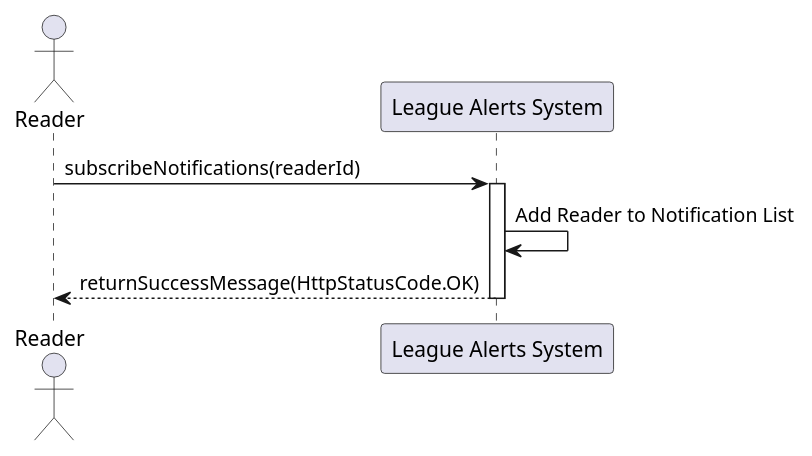
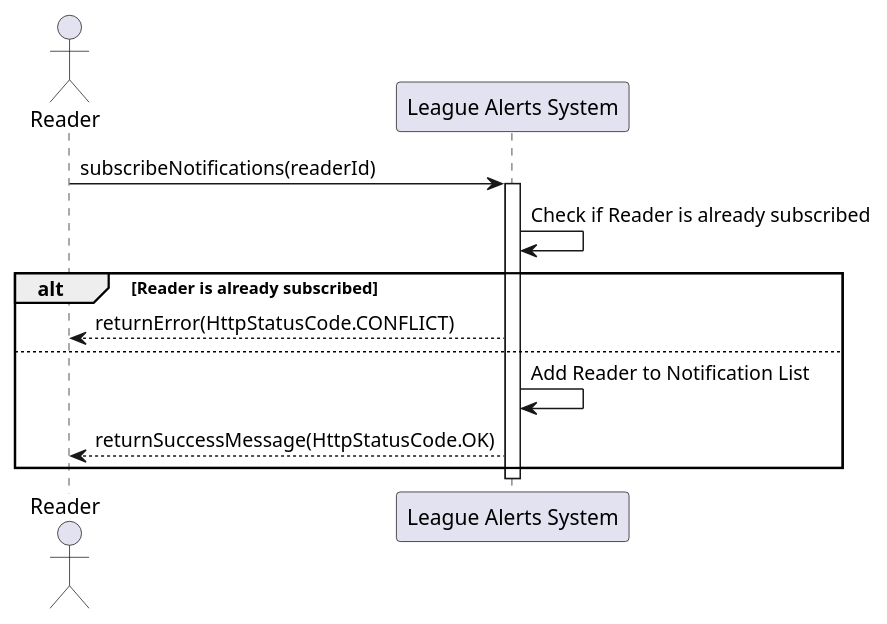
The diagram in Diagrams/SSD/Reader SSDs/Read-3.0 SSD.puml (Valthefirst/league_alerts-ChamplainECP), drawn with PlantUML before and after one commit. The commit also changed 7 other files, not shown here.

Commit message:
added diagrams

```diff
--- a/Diagrams/SSD/Reader SSDs/Read-3.0 SSD.puml
+++ b/Diagrams/SSD/Reader SSDs/Read-3.0 SSD.puml
@@ -1,12 +1,16 @@
 @startuml
 actor Reader
 participant "League Alerts System" as LAS
 
-
 Reader -> LAS: subscribeNotifications(readerId)
 activate LAS
-    LAS -> LAS: Add Reader to Notification List
-    LAS --> Reader: returnSuccessMessage(HttpStatusCode.OK)
+    LAS -> LAS: Check if Reader is already subscribed
+    alt Reader is already subscribed
+        LAS --> Reader: returnError(HttpStatusCode.CONFLICT)
+    else
+        LAS -> LAS: Add Reader to Notification List
+        LAS --> Reader: returnSuccessMessage(HttpStatusCode.OK)
+    end
 
 deactivate LAS
 @enduml
```
